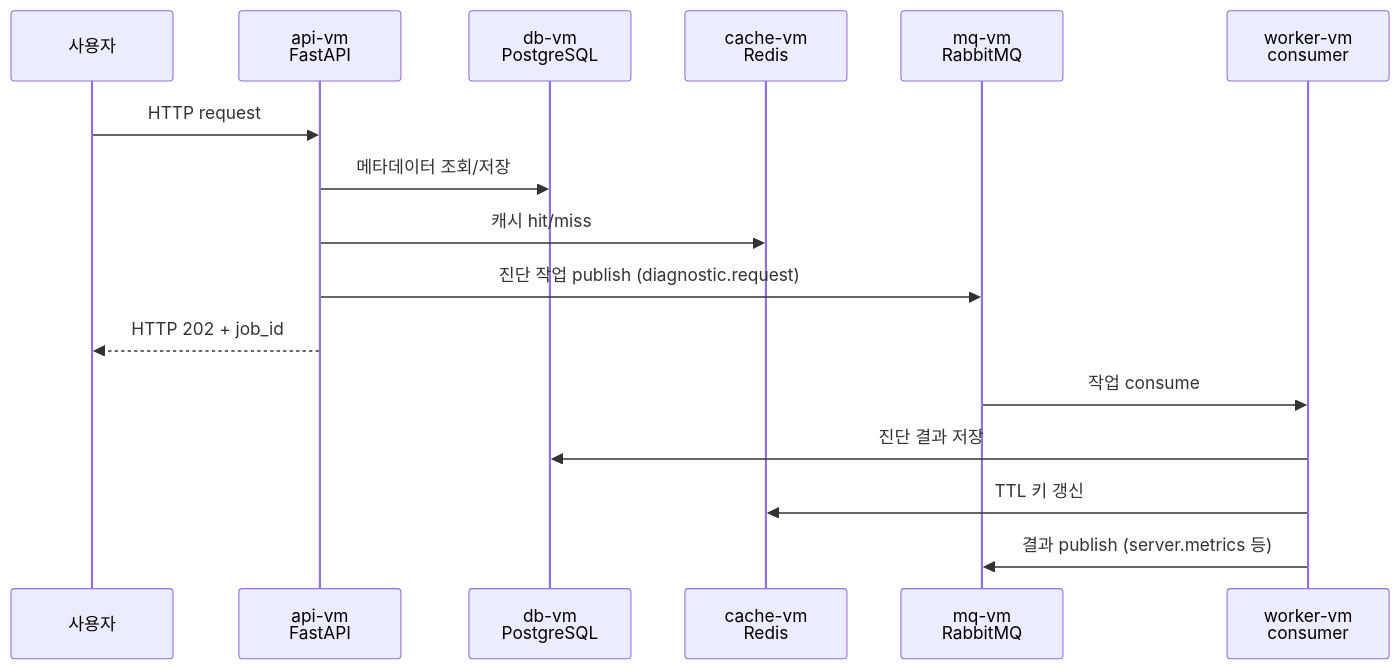
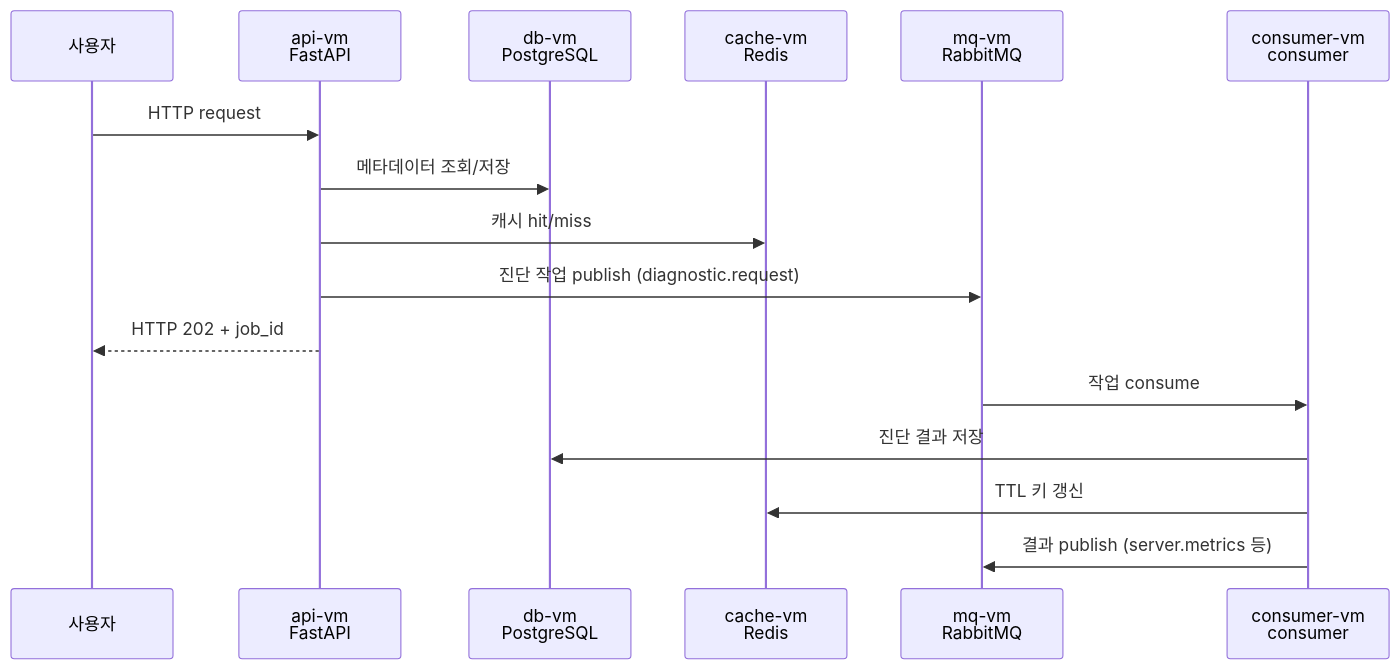
The first of 3 diagrams in docs/architecture/runtime.md (z-converter-assessment/assessment-infra), drawn with Mermaid before and after one commit. The commit also changed other lines of this file and 17 other files, not shown here.

First line of the commit message:
refactor(engine): worker → consumer 전체 rename

````diff
--- a/docs/architecture/runtime.md
+++ b/docs/architecture/runtime.md
@@ -7,20 +7,20 @@
 ```mermaid
 sequenceDiagram
   participant Client as 사용자
   participant API as api-vm<br/>FastAPI
   participant DB as db-vm<br/>PostgreSQL
   participant Cache as cache-vm<br/>Redis
   participant MQ as mq-vm<br/>RabbitMQ
-  participant Worker as worker-vm<br/>consumer
+  participant Worker as consumer-vm<br/>consumer
 
   Client->>API: HTTP request
   API->>DB: 메타데이터 조회/저장
   API->>Cache: 캐시 hit/miss
   API->>MQ: 진단 작업 publish (diagnostic.request)
   API-->>Client: HTTP 202 + job_id
 
   MQ->>Worker: 작업 consume
   Worker->>DB: 진단 결과 저장
   Worker->>Cache: TTL 키 갱신
   Worker->>MQ: 결과 publish (server.metrics 등)
 ```
````
